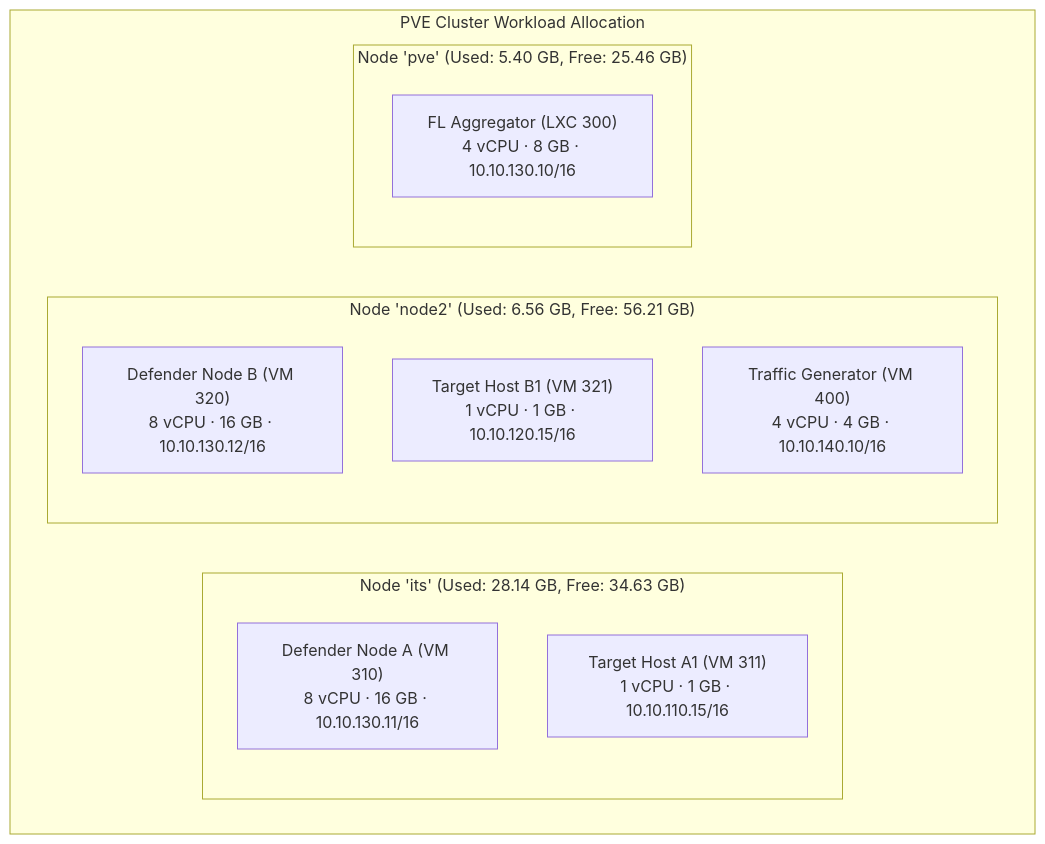
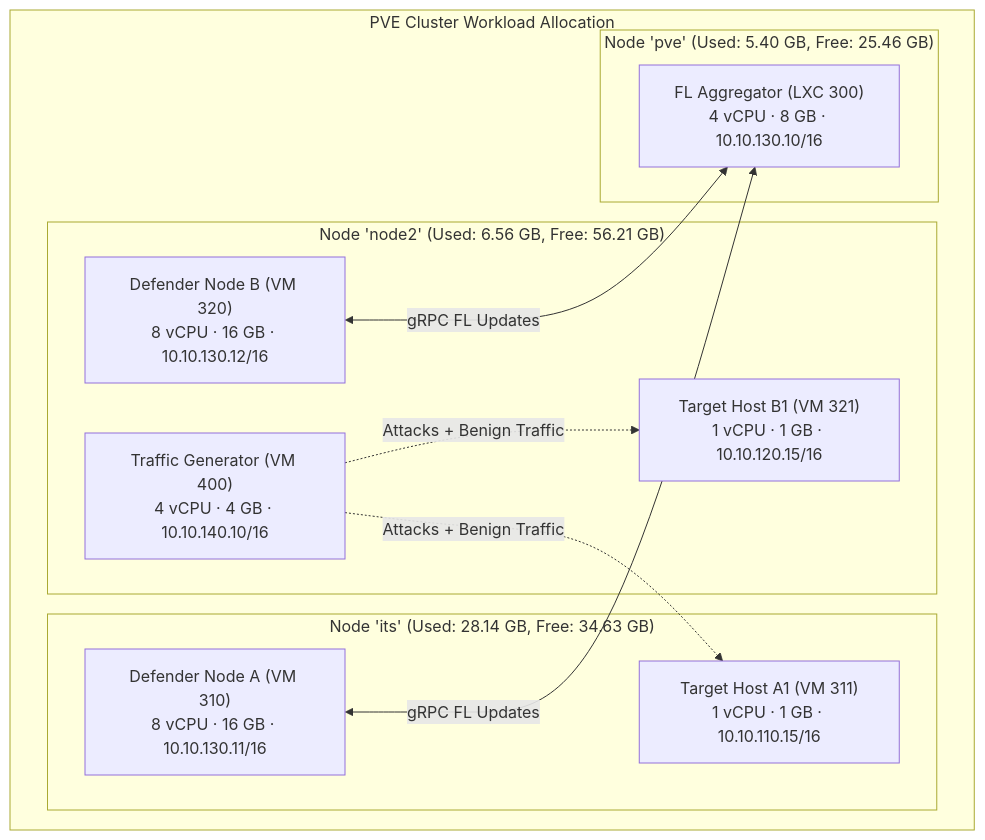
Before and after one commit to rhaffle87/fl-cl: the diagram in docs/03_workarounds.md, drawn with Mermaid. The commit also changed 5 other files, not shown here.

Commit message:
docs: add project documentation files covering architecture, deployment, orchestration, and research methodology.

````diff
--- a/docs/03_workarounds.md
+++ b/docs/03_workarounds.md
@@ -69,19 +69,23 @@
 ```mermaid
 graph TD
     subgraph allocation ["PVE Cluster Workload Allocation"]
         subgraph node_its ["Node 'its' (Used: 28.14 GB, Free: 34.63 GB)"]
             clientA["Defender Node A (VM 310)<br/>8 vCPU · 16 GB · 10.10.130.11/16"]
             targetA["Target Host A1 (VM 311)<br/>1 vCPU · 1 GB · 10.10.110.15/16"]
         end
 
         subgraph node_node2 ["Node 'node2' (Used: 6.56 GB, Free: 56.21 GB)"]
             clientB["Defender Node B (VM 320)<br/>8 vCPU · 16 GB · 10.10.130.12/16"]
             targetB["Target Host B1 (VM 321)<br/>1 vCPU · 1 GB · 10.10.120.15/16"]
             trafficGen["Traffic Generator (VM 400)<br/>4 vCPU · 4 GB · 10.10.140.10/16"]
         end
 
         subgraph node_pve ["Node 'pve' (Used: 5.40 GB, Free: 25.46 GB)"]
             aggregator["FL Aggregator (LXC 300)<br/>4 vCPU · 8 GB · 10.10.130.10/16"]
         end
     end
+    trafficGen -.->|Attacks + Benign Traffic| targetA
+    trafficGen -.->|Attacks + Benign Traffic| targetB
+    clientA <-->|gRPC FL Updates| aggregator
+    clientB <-->|gRPC FL Updates| aggregator
 ```
````
